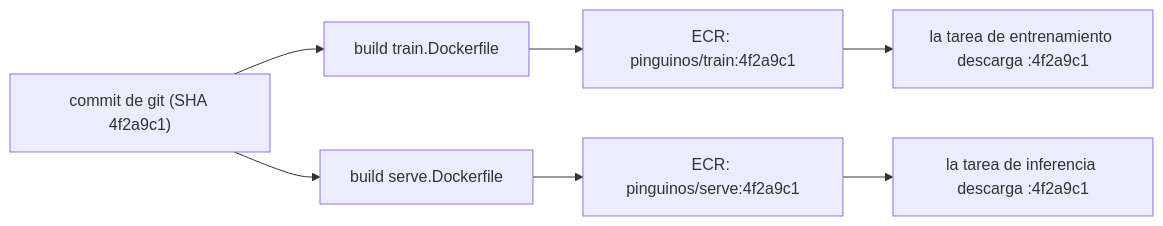
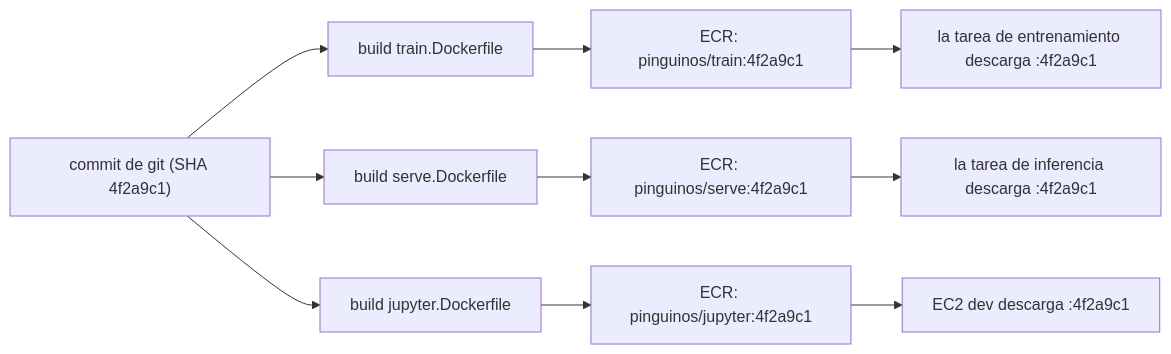
One commit to JairRamosG/Pinguinos-AWS changed the third of 8 diagrams in docs/architecture.md. Above: the diagram before and after it, drawn with Mermaid. The commit also changed other lines of this file and 1 other file, not shown here.

````diff
--- a/docs/architecture.md
+++ b/docs/architecture.md
@@ -241,9 +242,12 @@
 ```mermaid
 flowchart LR
     REPO["commit de git (SHA 4f2a9c1)"] --> B1["build train.Dockerfile"]
     REPO --> B2["build serve.Dockerfile"]
+    REPO --> B3["build jupyter.Dockerfile"]
     B1 --> ECR1["ECR: pinguinos/train:4f2a9c1"]
     B2 --> ECR2["ECR: pinguinos/serve:4f2a9c1"]
+    B3 --> ECR3["ECR: pinguinos/jupyter:4f2a9c1"]
     ECR1 --> RUN1["la tarea de entrenamiento descarga :4f2a9c1"]
     ECR2 --> RUN2["la tarea de inferencia descarga :4f2a9c1"]
+    ECR3 --> RUN3["EC2 dev descarga :4f2a9c1"]
 ```
````
